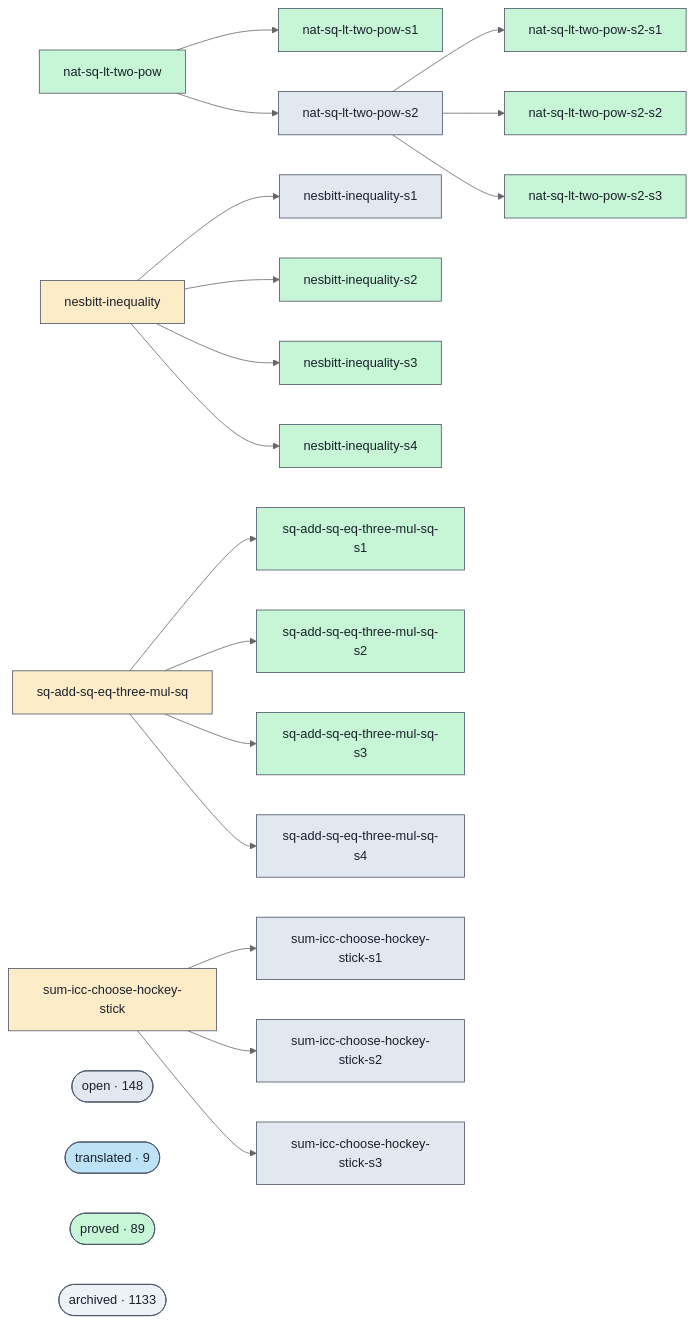
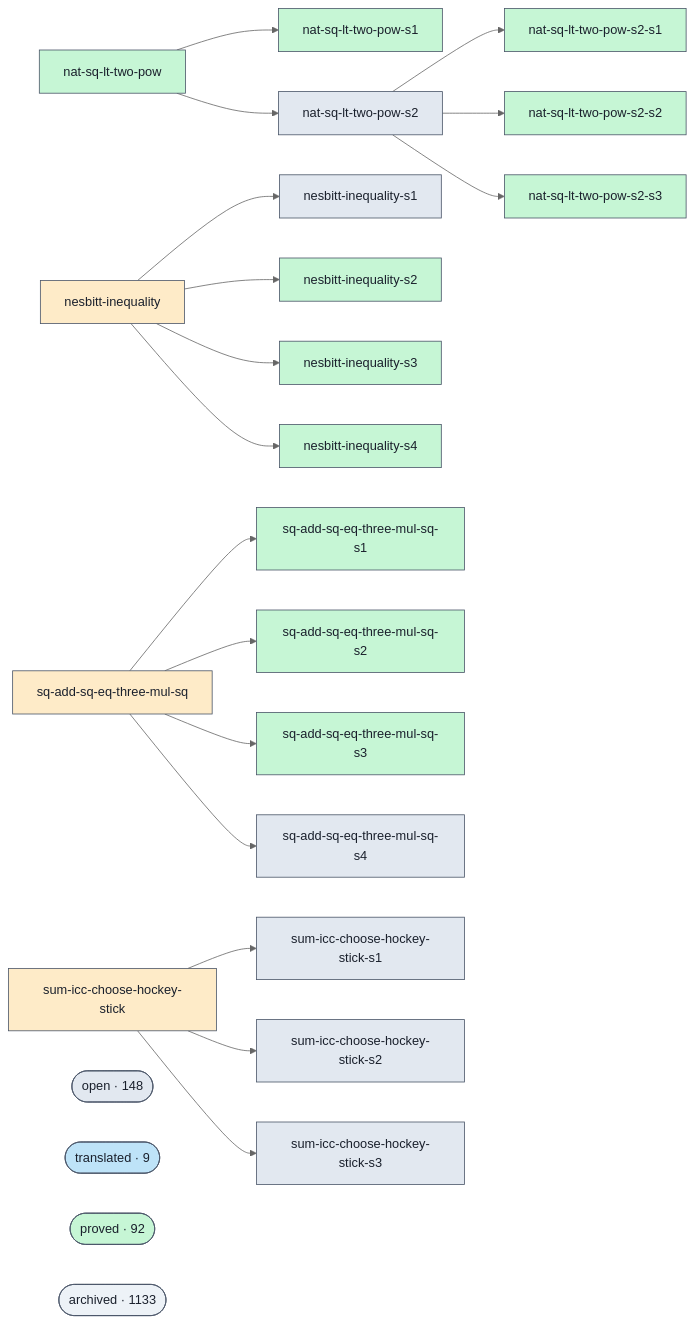
The diagram in docs/proofs-contributors-visualisation.md (ohdearquant/unsorry), drawn with Mermaid (neutral theme) before and after one commit. The commit also changed other lines of this file and 2 other files, not shown here.

```diff
--- a/docs/proofs-contributors-visualisation.md
+++ b/docs/proofs-contributors-visualisation.md
@@ -102,7 +102,7 @@
   class cluster_open open;
   cluster_translated(["translated · 9"])
   class cluster_translated translated;
-  cluster_proved(["proved · 89"])
+  cluster_proved(["proved · 92"])
   class cluster_proved proved;
   cluster_archived(["archived · 1133"])
   class cluster_archived unknown;
```
